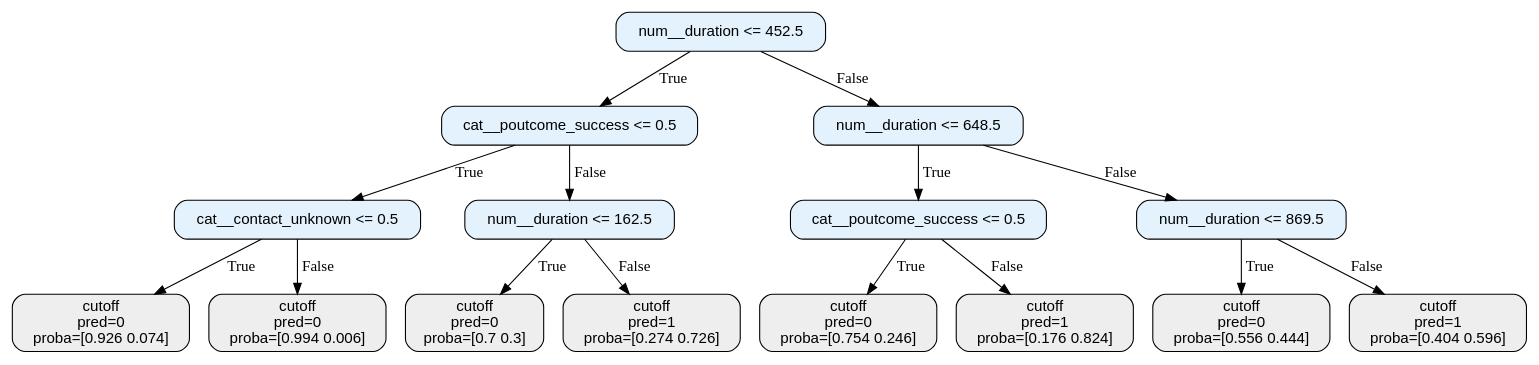
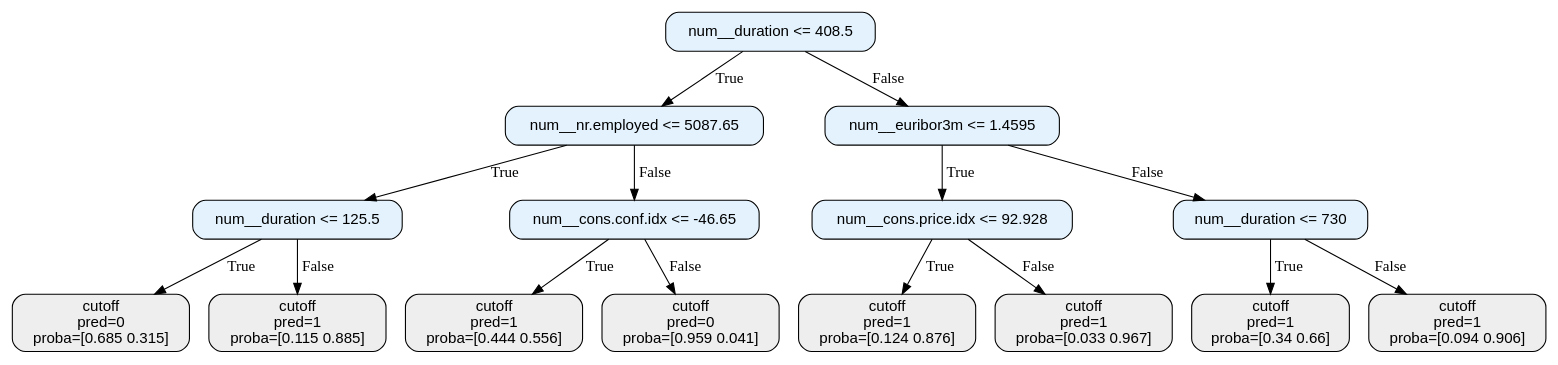
One commit to Ji980420/Project-ML_VU changed the diagram in bank/numpy_tree.dot. Above: the diagram before and after it, drawn with Graphviz. The commit also changed 13 other files, not shown here.

```diff
--- a/bank/numpy_tree.dot
+++ b/bank/numpy_tree.dot
@@ -1,32 +1,32 @@
 digraph Tree {
 node [shape=box, style="rounded,filled", fontname="helvetica"];
-0 [label="num__duration <= 452.5", fillcolor="#e3f2fd"];
-1 [label="cat__poutcome_success <= 0.5", fillcolor="#e3f2fd"];
-2 [label="cat__contact_unknown <= 0.5", fillcolor="#e3f2fd"];
-3 [label="cutoff\npred=0\nproba=[0.926 0.074]", fillcolor="#eeeeee"];
-4 [label="cutoff\npred=0\nproba=[0.994 0.006]", fillcolor="#eeeeee"];
+0 [label="num__duration <= 408.5", fillcolor="#e3f2fd"];
+1 [label="num__nr.employed <= 5087.65", fillcolor="#e3f2fd"];
+2 [label="num__duration <= 125.5", fillcolor="#e3f2fd"];
+3 [label="cutoff\npred=0\nproba=[0.685 0.315]", fillcolor="#eeeeee"];
+4 [label="cutoff\npred=1\nproba=[0.115 0.885]", fillcolor="#eeeeee"];
 2 -> 3 [label="True"];
 2 -> 4 [label="False"];
-5 [label="num__duration <= 162.5", fillcolor="#e3f2fd"];
-6 [label="cutoff\npred=0\nproba=[0.7 0.3]", fillcolor="#eeeeee"];
-7 [label="cutoff\npred=1\nproba=[0.274 0.726]", fillcolor="#eeeeee"];
+5 [label="num__cons.conf.idx <= -46.65", fillcolor="#e3f2fd"];
+6 [label="cutoff\npred=1\nproba=[0.444 0.556]", fillcolor="#eeeeee"];
+7 [label="cutoff\npred=0\nproba=[0.959 0.041]", fillcolor="#eeeeee"];
 5 -> 6 [label="True"];
 5 -> 7 [label="False"];
 1 -> 2 [label="True"];
 1 -> 5 [label="False"];
-8 [label="num__duration <= 648.5", fillcolor="#e3f2fd"];
-9 [label="cat__poutcome_success <= 0.5", fillcolor="#e3f2fd"];
-10 [label="cutoff\npred=0\nproba=[0.754 0.246]", fillcolor="#eeeeee"];
-11 [label="cutoff\npred=1\nproba=[0.176 0.824]", fillcolor="#eeeeee"];
+8 [label="num__euribor3m <= 1.4595", fillcolor="#e3f2fd"];
+9 [label="num__cons.price.idx <= 92.928", fillcolor="#e3f2fd"];
+10 [label="cutoff\npred=1\nproba=[0.124 0.876]", fillcolor="#eeeeee"];
+11 [label="cutoff\npred=1\nproba=[0.033 0.967]", fillcolor="#eeeeee"];
 9 -> 10 [label="True"];
 9 -> 11 [label="False"];
-12 [label="num__duration <= 869.5", fillcolor="#e3f2fd"];
-13 [label="cutoff\npred=0\nproba=[0.556 0.444]", fillcolor="#eeeeee"];
-14 [label="cutoff\npred=1\nproba=[0.404 0.596]", fillcolor="#eeeeee"];
+12 [label="num__duration <= 730", fillcolor="#e3f2fd"];
+13 [label="cutoff\npred=1\nproba=[0.34 0.66]", fillcolor="#eeeeee"];
+14 [label="cutoff\npred=1\nproba=[0.094 0.906]", fillcolor="#eeeeee"];
 12 -> 13 [label="True"];
 12 -> 14 [label="False"];
 8 -> 9 [label="True"];
 8 -> 12 [label="False"];
 0 -> 1 [label="True"];
 0 -> 8 [label="False"];
 }
```
